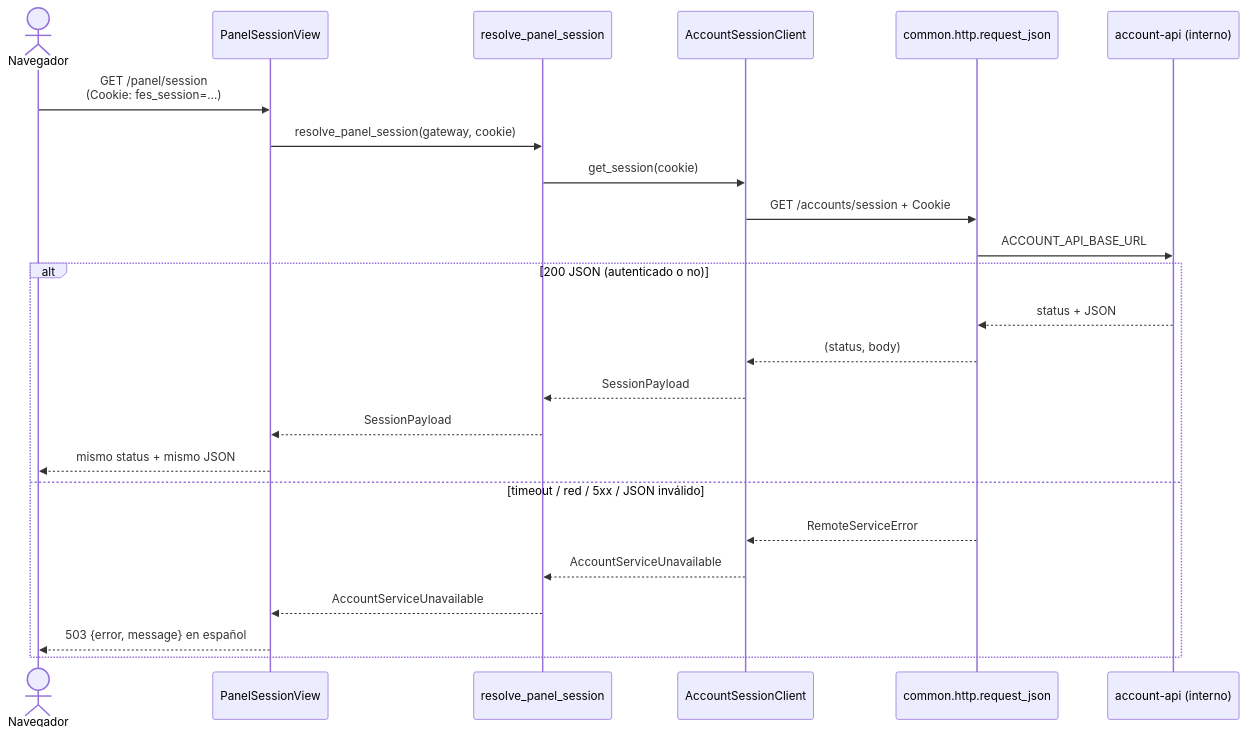
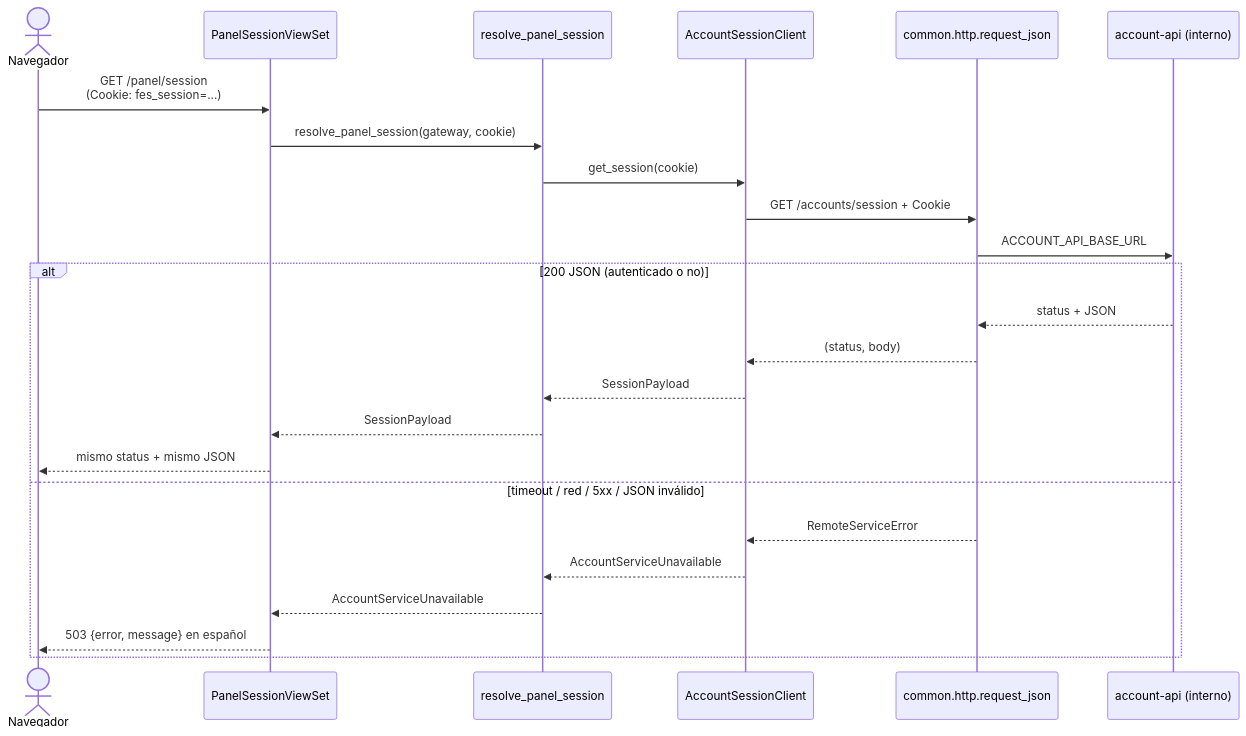
Before and after one commit to Dariosoft/fes-panel-api: the fourth of 5 diagrams in specs/001-feat-panel-session-login/uml.md, drawn with Mermaid. The commit also changed other lines of this file and 29 other files, not shown here.

Commit message:
Refine panel API session structure

````diff
--- a/specs/001-feat-panel-session-login/uml.md
+++ b/specs/001-feat-panel-session-login/uml.md
@@ -212,27 +212,27 @@
 ```mermaid
 sequenceDiagram
   actor Browser as Navegador
-  participant View as PanelSessionView
+  participant View as PanelSessionViewSet
   participant UC as resolve_panel_session
   participant Client as AccountSessionClient
   participant Http as common.http.request_json
   participant Accounts as account-api (interno)
 
   Browser->>View: GET /panel/session<br/>(Cookie: fes_session=...)
   View->>UC: resolve_panel_session(gateway, cookie)
   UC->>Client: get_session(cookie)
   Client->>Http: GET /accounts/session + Cookie
   Http->>Accounts: ACCOUNT_API_BASE_URL
   alt 200 JSON (autenticado o no)
     Accounts-->>Http: status + JSON
     Http-->>Client: (status, body)
     Client-->>UC: SessionPayload
     UC-->>View: SessionPayload
     View-->>Browser: mismo status + mismo JSON
   else timeout / red / 5xx / JSON inválido
     Http-->>Client: RemoteServiceError
     Client-->>UC: AccountServiceUnavailable
     UC-->>View: AccountServiceUnavailable
     View-->>Browser: 503 {error, message} en español
   end
 ```
````
